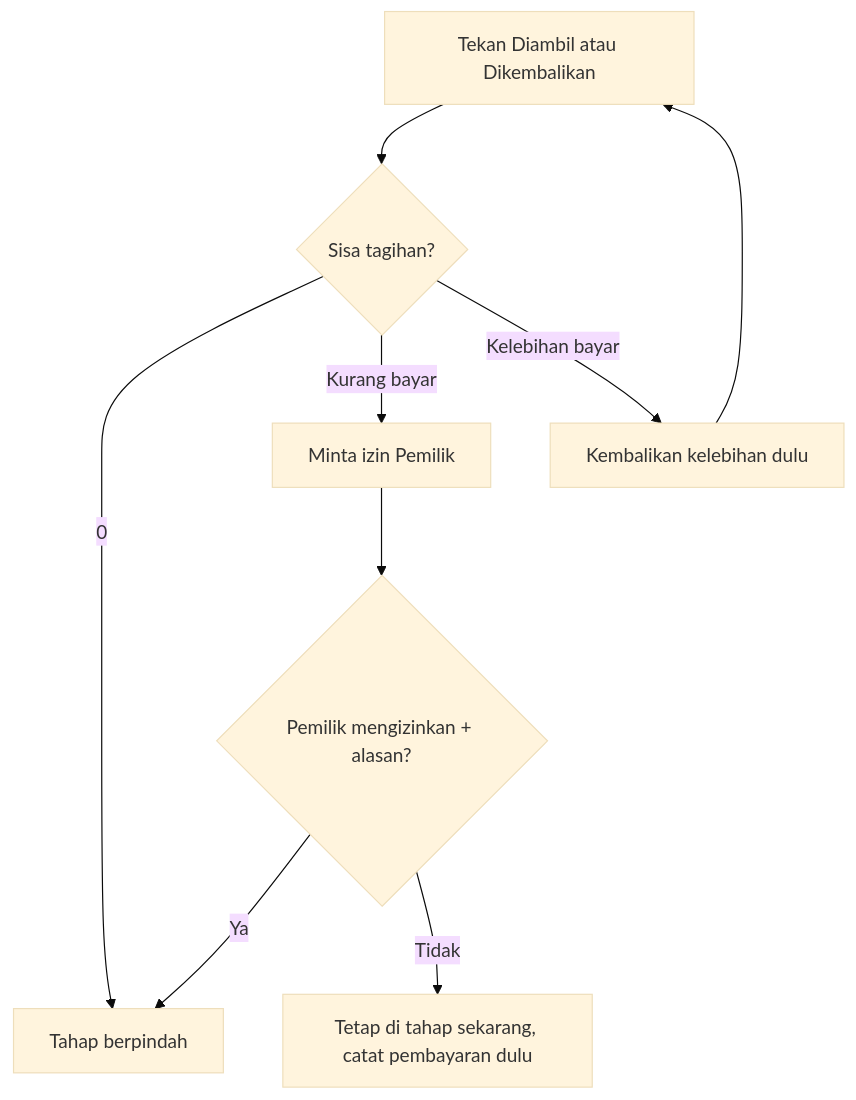
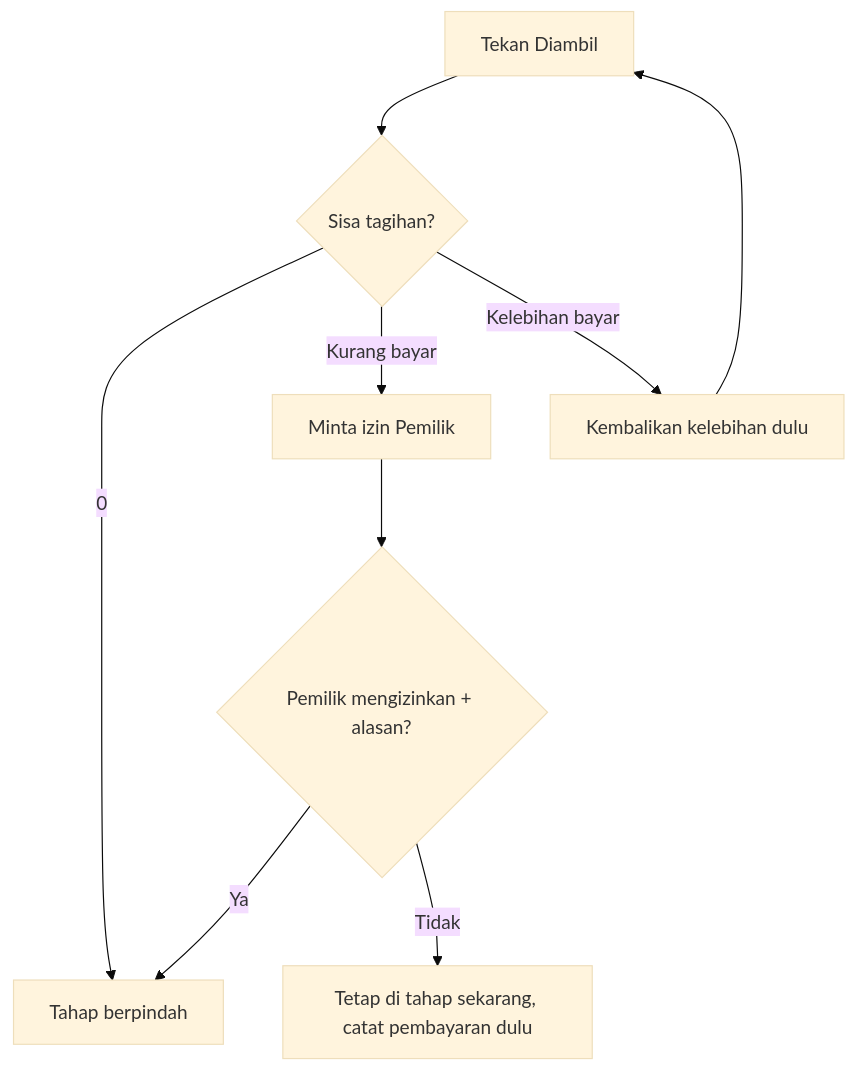
The third of 3 diagrams in docs/AFD.md (k24reps/nuaraservice), drawn with Mermaid (base theme) before and after one commit. The commit also changed other lines of this file and 5 other files, not shown here.

````diff
--- a/docs/AFD.md
+++ b/docs/AFD.md
@@ -185,11 +188,11 @@
 ```mermaid
 flowchart TD
-  A["Tekan Diambil atau Dikembalikan"] --> B{"Sisa tagihan?"}
+  A["Tekan Diambil"] --> B{"Sisa tagihan?"}
   B -- "0" --> C["Tahap berpindah"]
   B -- "Kurang bayar" --> D["Minta izin Pemilik"]
   D --> E{"Pemilik mengizinkan + alasan?"}
   E -- "Ya" --> C
   E -- "Tidak" --> F["Tetap di tahap sekarang, catat pembayaran dulu"]
   B -- "Kelebihan bayar" --> G["Kembalikan kelebihan dulu"]
   G --> A
 ```
````
